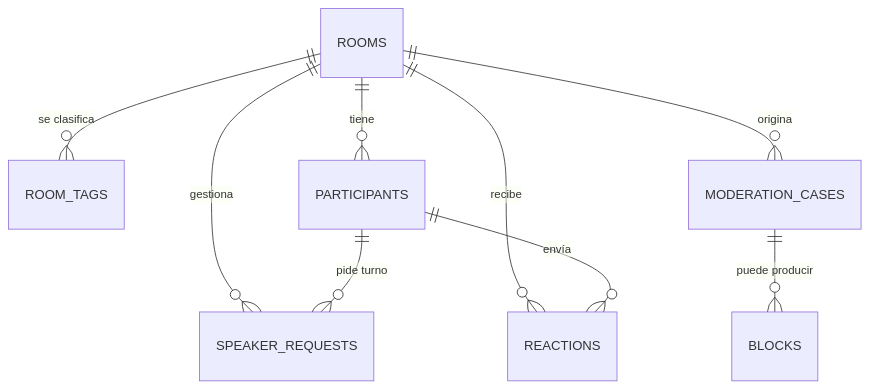
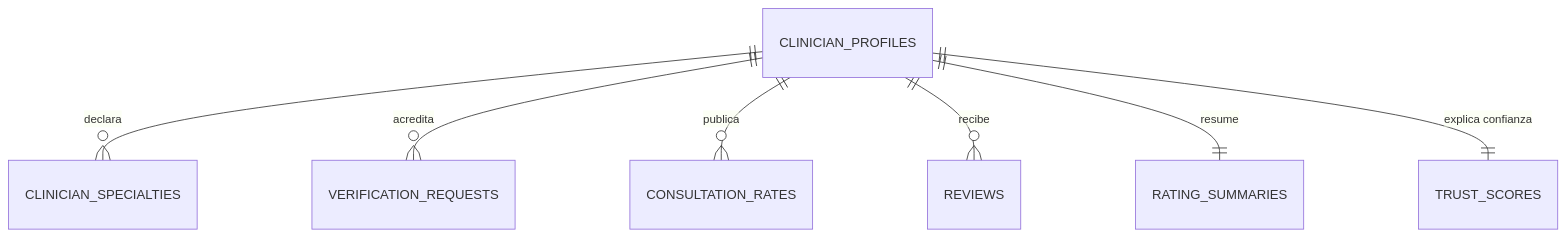
Before and after one commit to MindClusterUPC/safediary-platform: the seventh of 9 diagrams in docs/database/README.md, drawn with Mermaid. The commit also changed other lines of this file and 1 other file, not shown here.

````diff
--- a/docs/database/README.md
+++ b/docs/database/README.md
@@ -133,11 +160,9 @@
 ```mermaid
 erDiagram
-    ROOMS ||--o{ ROOM_TAGS : "se clasifica"
-    ROOMS ||--o{ PARTICIPANTS : "tiene"
-    ROOMS ||--o{ SPEAKER_REQUESTS : "gestiona"
-    PARTICIPANTS ||--o{ SPEAKER_REQUESTS : "pide turno"
-    ROOMS ||--o{ REACTIONS : "recibe"
-    PARTICIPANTS ||--o{ REACTIONS : "envía"
-    ROOMS ||--o{ MODERATION_CASES : "origina"
-    MODERATION_CASES ||--o{ BLOCKS : "puede producir"
+    CLINICIAN_PROFILES ||--o{ CLINICIAN_SPECIALTIES : "declara"
+    CLINICIAN_PROFILES ||--o{ VERIFICATION_REQUESTS : "acredita"
+    CLINICIAN_PROFILES ||--o{ CONSULTATION_RATES : "publica"
+    CLINICIAN_PROFILES ||--o{ REVIEWS : "recibe"
+    CLINICIAN_PROFILES ||--|| RATING_SUMMARIES : "resume"
+    CLINICIAN_PROFILES ||--|| TRUST_SCORES : "explica confianza"
 ```
````
